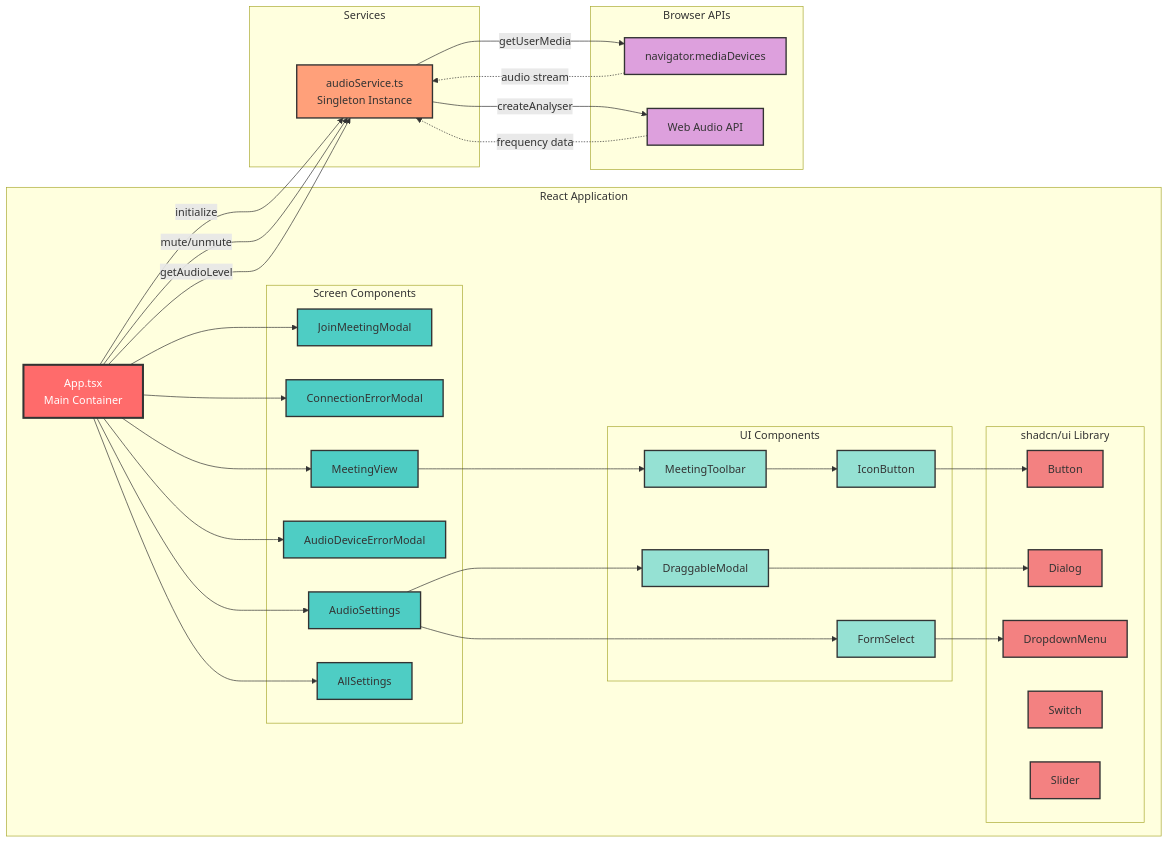
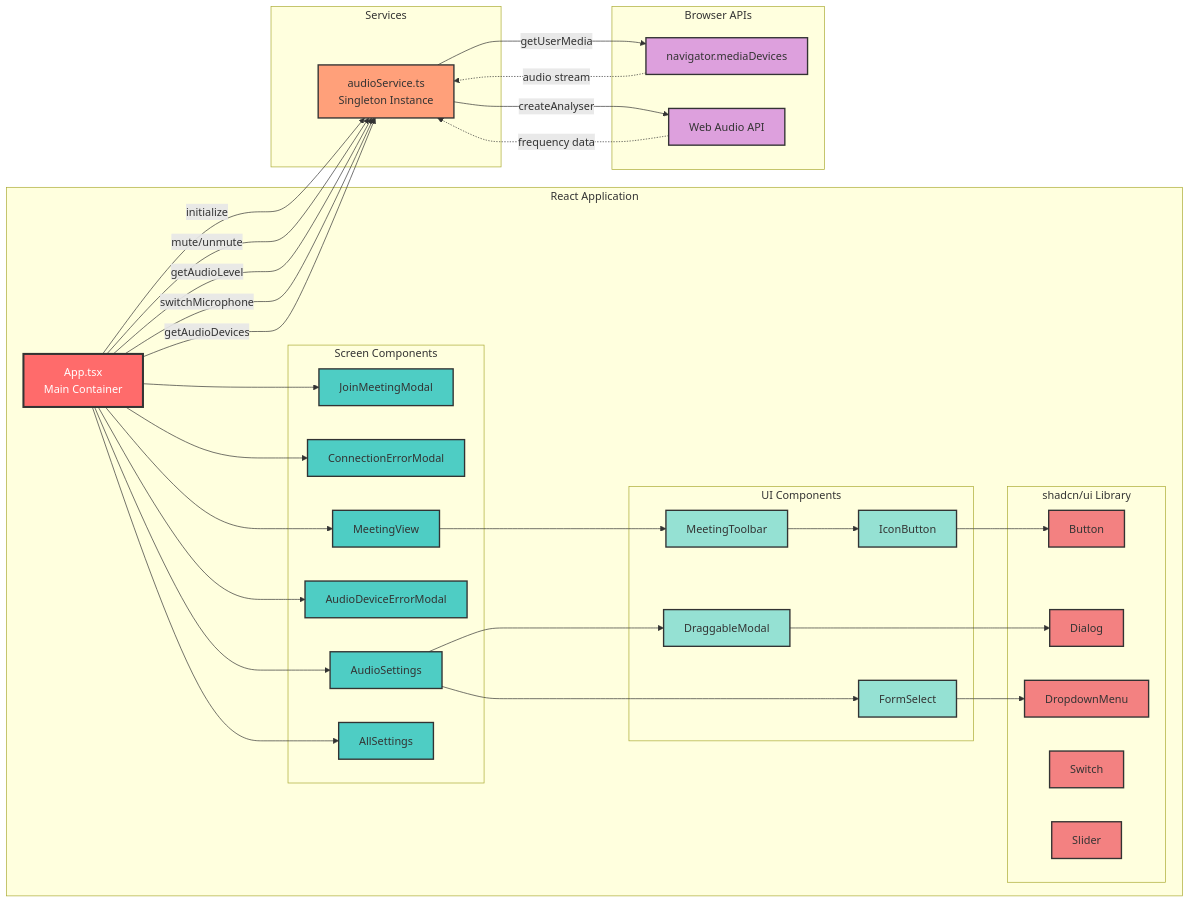
Before and after one commit to arthur900530/team-bug-farmers: the second of 9 diagrams in ARCHITECTURE.md, drawn with Mermaid. The commit also changed other lines of this file, not shown here.

First line of the commit message:
Update architecture documentation for device switching feature

````diff
--- a/ARCHITECTURE.md
+++ b/ARCHITECTURE.md
@@ -92,79 +96,81 @@
 ```mermaid
 graph LR
     subgraph "React Application"
         App[App.tsx<br/>Main Container]
         
         subgraph "Screen Components"
             Join[JoinMeetingModal]
             ConnErr[ConnectionErrorModal]
             Meeting[MeetingView]
             AudioErr[AudioDeviceErrorModal]
             AudioSet[AudioSettings]
             AllSet[AllSettings]
         end
         
         subgraph "UI Components"
             Toolbar[MeetingToolbar]
             IconBtn[IconButton]
             Modal[DraggableModal]
             Select[FormSelect]
         end
         
         subgraph "shadcn/ui Library"
             Button[Button]
             Dialog[Dialog]
             Dropdown[DropdownMenu]
             Switch[Switch]
             Slider[Slider]
         end
     end
     
     subgraph "Services"
         AudioSvc[audioService.ts<br/>Singleton Instance]
     end
     
     subgraph "Browser APIs"
         Navigator[navigator.mediaDevices]
         WebAudio[Web Audio API]
     end
     
     App --> Join
     App --> ConnErr
     App --> Meeting
     App --> AudioErr
     App --> AudioSet
     App --> AllSet
     
     Meeting --> Toolbar
     Toolbar --> IconBtn
     AudioSet --> Modal
     AudioSet --> Select
     
     IconBtn --> Button
     Modal --> Dialog
     Select --> Dropdown
     
     App -->|initialize| AudioSvc
     App -->|mute/unmute| AudioSvc
     App -->|getAudioLevel| AudioSvc
+    App -->|switchMicrophone| AudioSvc
+    App -->|getAudioDevices| AudioSvc
     
     AudioSvc -->|getUserMedia| Navigator
     AudioSvc -->|createAnalyser| WebAudio
     
     Navigator -.->|audio stream| AudioSvc
     WebAudio -.->|frequency data| AudioSvc
     
     classDef mainApp fill:#FF6B6B,stroke:#333,stroke-width:3px,color:#fff
     classDef screen fill:#4ECDC4,stroke:#333,stroke-width:2px
     classDef ui fill:#95E1D3,stroke:#333,stroke-width:2px
     classDef lib fill:#F38181,stroke:#333,stroke-width:2px
     classDef service fill:#FFA07A,stroke:#333,stroke-width:2px
     classDef api fill:#DDA0DD,stroke:#333,stroke-width:2px
     
     class App mainApp
     class Join,ConnErr,Meeting,AudioErr,AudioSet,AllSet screen
     class Toolbar,IconBtn,Modal,Select ui
     class Button,Dialog,Dropdown,Switch,Slider lib
     class AudioSvc service
     class Navigator,WebAudio api
 ```
````
